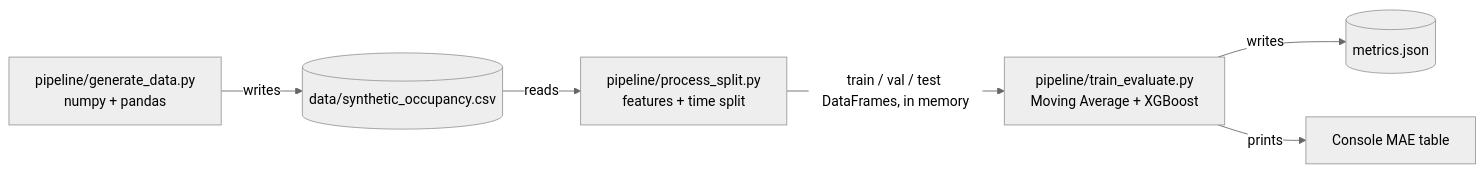
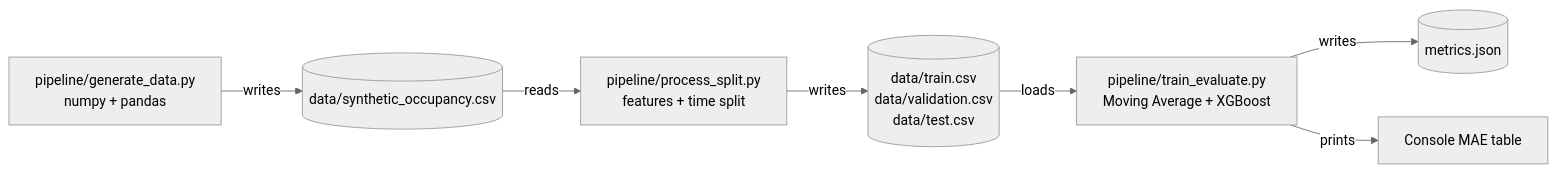
The second of 2 diagrams in README.md (SyedBadiuzzaman/ml_pipeline), drawn with Mermaid (neutral theme) before and after one commit. The commit also changed other lines of this file and 5 other files, not shown here.

Commit message:
feat: persist clean leakage-free split CSVs (train, val, test) to data/

````diff
--- a/README.md
+++ b/README.md
@@ -144,8 +144,9 @@
 ```mermaid
 flowchart LR
     G["pipeline/generate_data.py<br/>numpy + pandas"] -->|writes| C[("data/synthetic_occupancy.csv")]
     C -->|reads| P["pipeline/process_split.py<br/>features + time split"]
-    P -->|"train / val / test DataFrames, in memory"| E["pipeline/train_evaluate.py<br/>Moving Average + XGBoost"]
+    P -->|writes| S[("data/train.csv<br/>data/validation.csv<br/>data/test.csv")]
+    S -->|loads| E["pipeline/train_evaluate.py<br/>Moving Average + XGBoost"]
     E -->|writes| M[("metrics.json")]
     E -->|prints| O["Console MAE table"]
 ```
````
